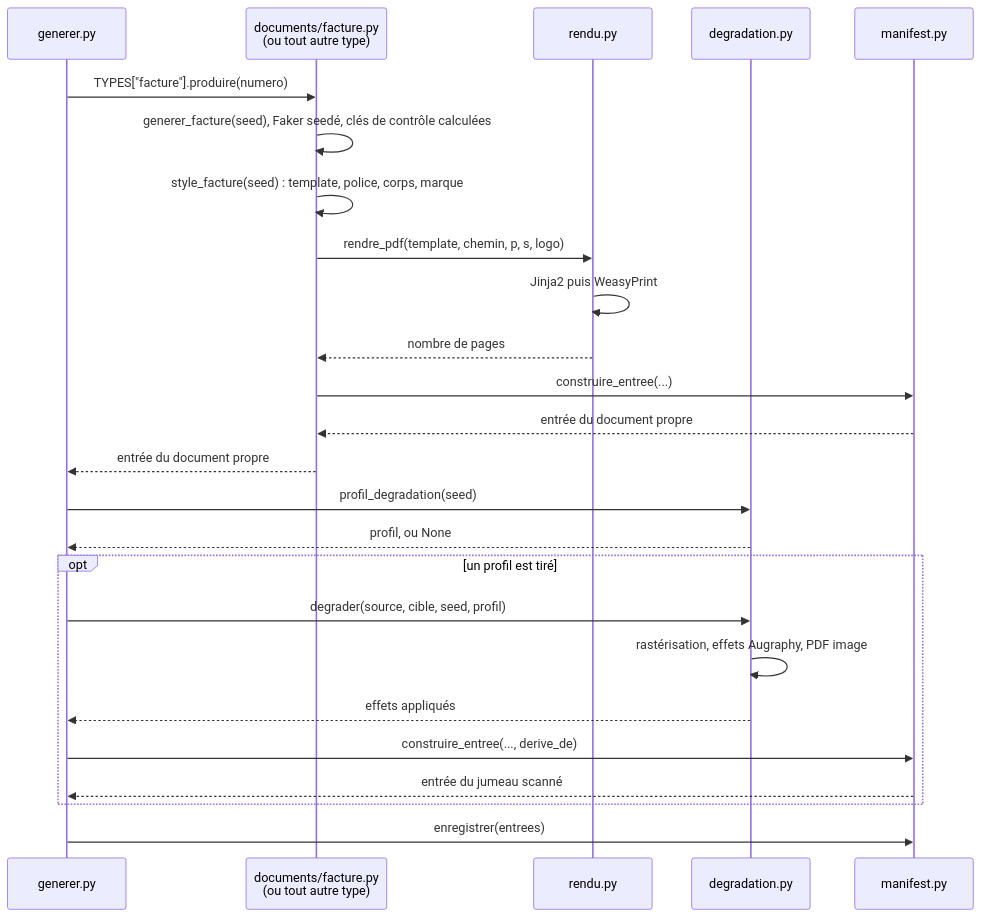
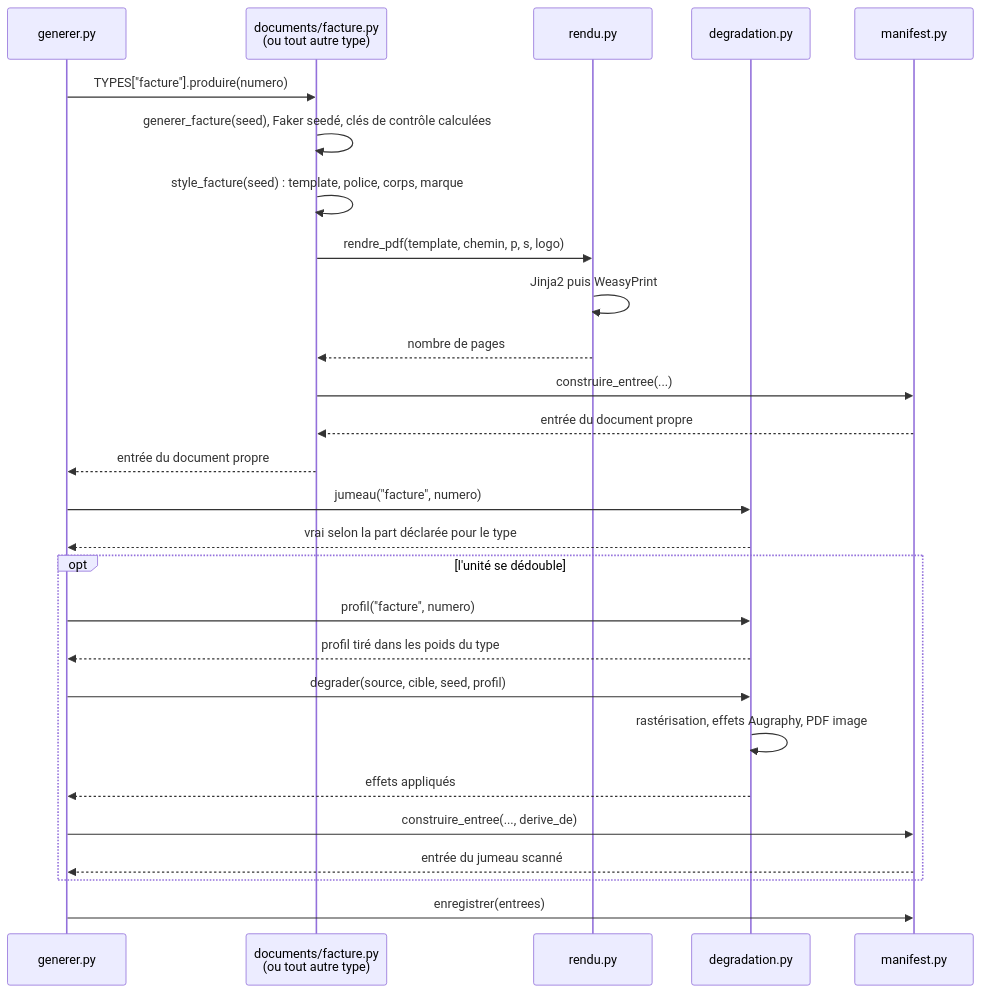
The third of 3 diagrams in tools/CorpusGenerator/README.md (xelema/Detect-Doc), drawn with Mermaid before and after one commit. The commit also changed other lines of this file and 16 other files, not shown here.

````diff
--- a/tools/CorpusGenerator/README.md
+++ b/tools/CorpusGenerator/README.md
@@ -333,29 +351,31 @@
 ```mermaid
 sequenceDiagram
     participant G as generer.py
     participant T as documents/facture.py<br/>(ou tout autre type)
     participant R as rendu.py
     participant X as degradation.py
     participant M as manifest.py
 
     G->>T: TYPES["facture"].produire(numero)
     T->>T: generer_facture(seed), Faker seedé, clés de contrôle calculées
     T->>T: style_facture(seed) : template, police, corps, marque
     T->>R: rendre_pdf(template, chemin, p, s, logo)
     R->>R: Jinja2 puis WeasyPrint
     R-->>T: nombre de pages
     T->>M: construire_entree(...)
     M-->>T: entrée du document propre
     T-->>G: entrée du document propre
 
-    G->>X: profil_degradation(seed)
-    X-->>G: profil, ou None
-    opt un profil est tiré
+    G->>X: jumeau("facture", numero)
+    X-->>G: vrai selon la part déclarée pour le type
+    opt l'unité se dédouble
+        G->>X: profil("facture", numero)
+        X-->>G: profil tiré dans les poids du type
         G->>X: degrader(source, cible, seed, profil)
         X->>X: rastérisation, effets Augraphy, PDF image
         X-->>G: effets appliqués
         G->>M: construire_entree(..., derive_de)
         M-->>G: entrée du jumeau scanné
     end
     G->>M: enregistrer(entrees)
 ```
````
